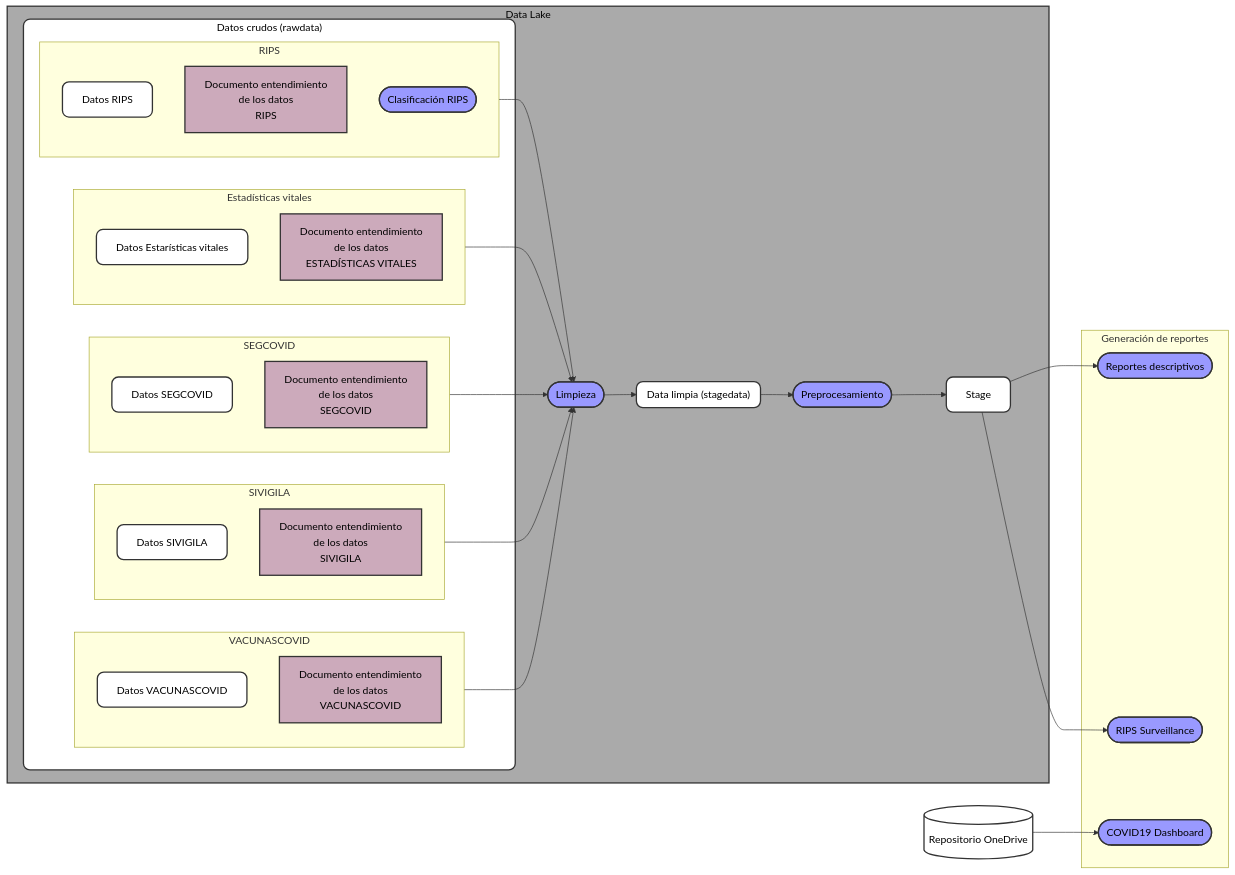
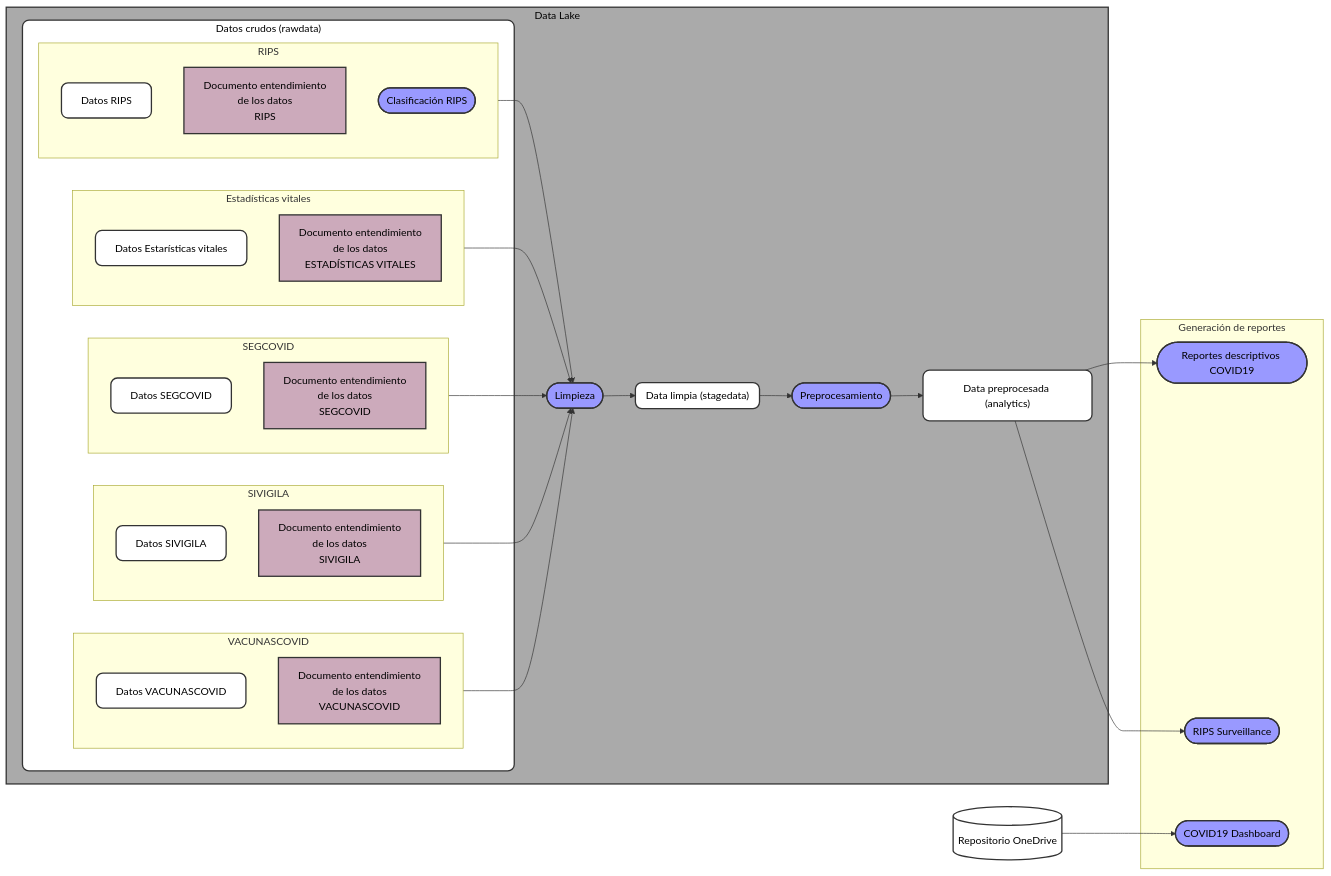
One commit to AGORA-COL/.github changed the diagram in profile/DataLake/FlujoDatos.md. Above: the diagram before and after it, drawn with Mermaid. The commit also changed 1 other file, not shown here.

```diff
--- a/profile/DataLake/FlujoDatos.md
+++ b/profile/DataLake/FlujoDatos.md
@@ -59,22 +59,22 @@
 
         P([Preprocesamiento])
 
-        P --> ST
+        P --> AN
 
-        ST[Stage]
+        AN["Data preprocesada (analytics)"]
 
     end
     
-    ST --> RD
-    ST --> RS
+    AN --> RD
+    AN --> RS
 
 
     OD[(Repositorio OneDrive)]
 
     OD --> DB
 
-    subgraph G["Generación de reportes"]
-        RD([Reportes descriptivos])
+    subgraph G[Generación de reportes]
+        RD([Reportes descriptivos COVID19])
         DB([COVID19 Dashboard])
         RS([RIPS Surveillance])
     end
@@ -96,7 +96,7 @@
     class DL repository;
     class CRIPS process;
     class L,P process;
-    class DP,OD,ST data;
+    class DP,OD,AN data;
     class RD,DB,RS process
 
     click L "https://github.com/AGORA-COL/Data_lake"
```
